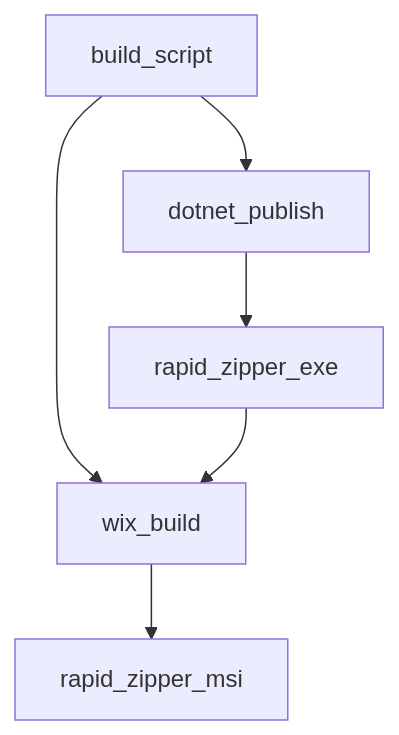
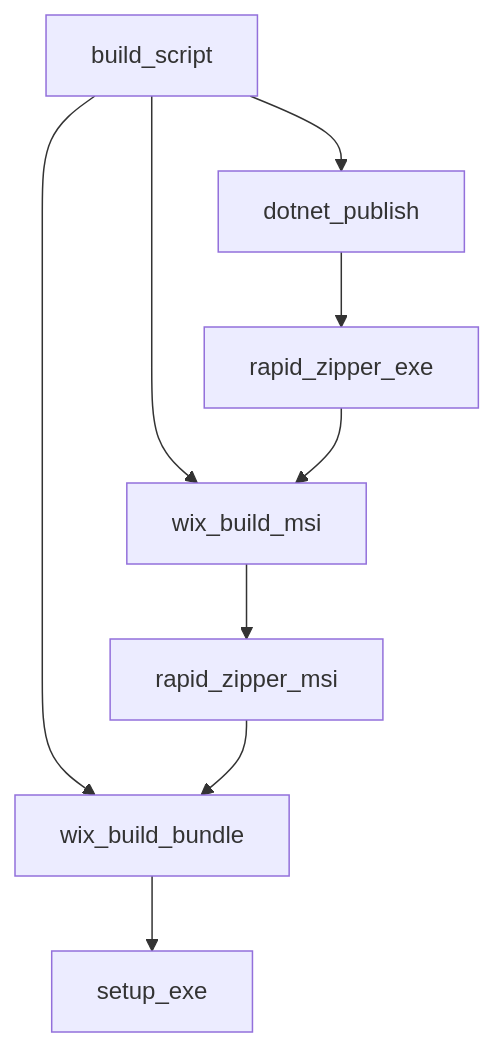
The diagram in docs/variables'n'functions/[PowerShell]build-installer.md (DovahkiinYuzuko/rapid-zipper), drawn with Mermaid before and after one commit. The commit also changed other lines of this file and 3 other files, not shown here.

Commit message:
[feat] WiXブートストラッパーによるEXEセットアップ(setup.exe)作成機能を追加しバージョンを1.0.1.0に更新

````diff
--- a/docs/variables'n'functions/[PowerShell]build-installer.md
+++ b/docs/variables'n'functions/[PowerShell]build-installer.md
@@ -63,8 +76,11 @@
 ```mermaid
 graph TD
     build_script --> dotnet_publish
     dotnet_publish --> rapid_zipper_exe
-    build_script --> wix_build
-    rapid_zipper_exe --> wix_build
-    wix_build --> rapid_zipper_msi
+    build_script --> wix_build_msi
+    rapid_zipper_exe --> wix_build_msi
+    wix_build_msi --> rapid_zipper_msi
+    build_script --> wix_build_bundle
+    rapid_zipper_msi --> wix_build_bundle
+    wix_build_bundle --> setup_exe
 ```
````
